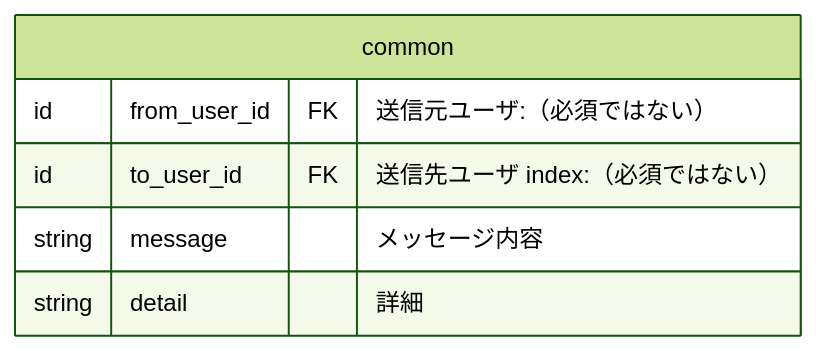
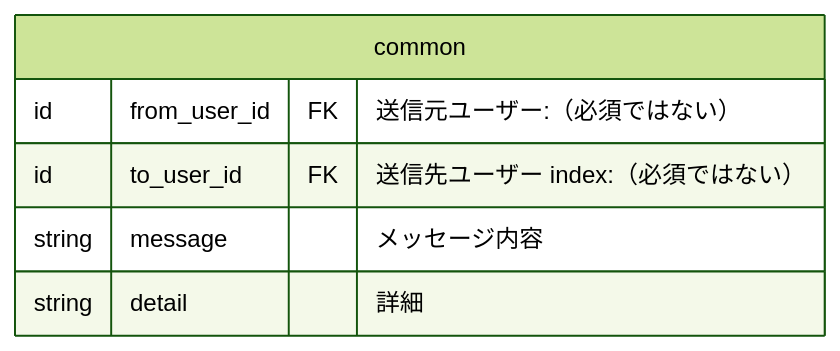
One commit to bright-org/bright changed the first of 6 diagrams in docs/conceptual_schemas/notifications.md. Above: the diagram before and after it, drawn with Mermaid (forest theme). The commit also changed other lines of this file, not shown here.

````diff
--- a/docs/conceptual_schemas/notifications.md
+++ b/docs/conceptual_schemas/notifications.md
@@ -7,9 +7,9 @@
 ```mermaid
 erDiagram
   common {
-    id from_user_id	FK "送信元ユーザ:（必須ではない）"
-    id to_user_id	FK "送信先ユーザ index:（必須ではない）"
+    id from_user_id	FK "送信元ユーザー:（必須ではない）"
+    id to_user_id	FK "送信先ユーザー index:（必須ではない）"
     string message	"メッセージ内容"
     string detail	"詳細"
   }
 ```
````
